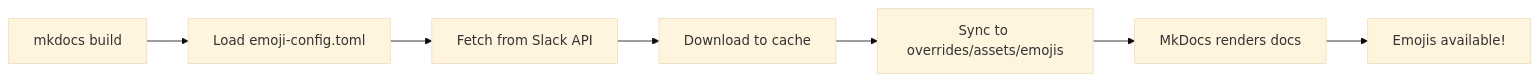
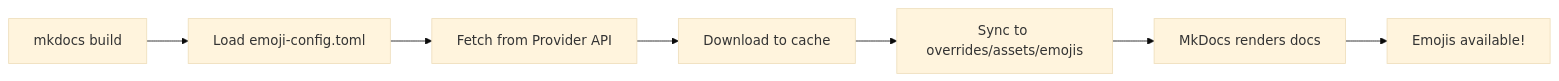
Before and after one commit to julie-dujardin/mkdocs-external-custom-emojis: the diagram in docs/index.md, drawn with Mermaid (base theme). The commit also changed other lines of this file and 2 other files, not shown here.

````diff
--- a/docs/index.md
+++ b/docs/index.md
@@ -64,9 +70,9 @@
 ```mermaid
 graph LR
     A[mkdocs build] --> B[Load emoji-config.toml]
-    B --> C[Fetch from Slack API]
+    B --> C[Fetch from Provider API]
     C --> D[Download to cache]
     D --> E[Sync to overrides/assets/emojis]
     E --> F[MkDocs renders docs]
     F --> G[Emojis available!]
 ```
````
